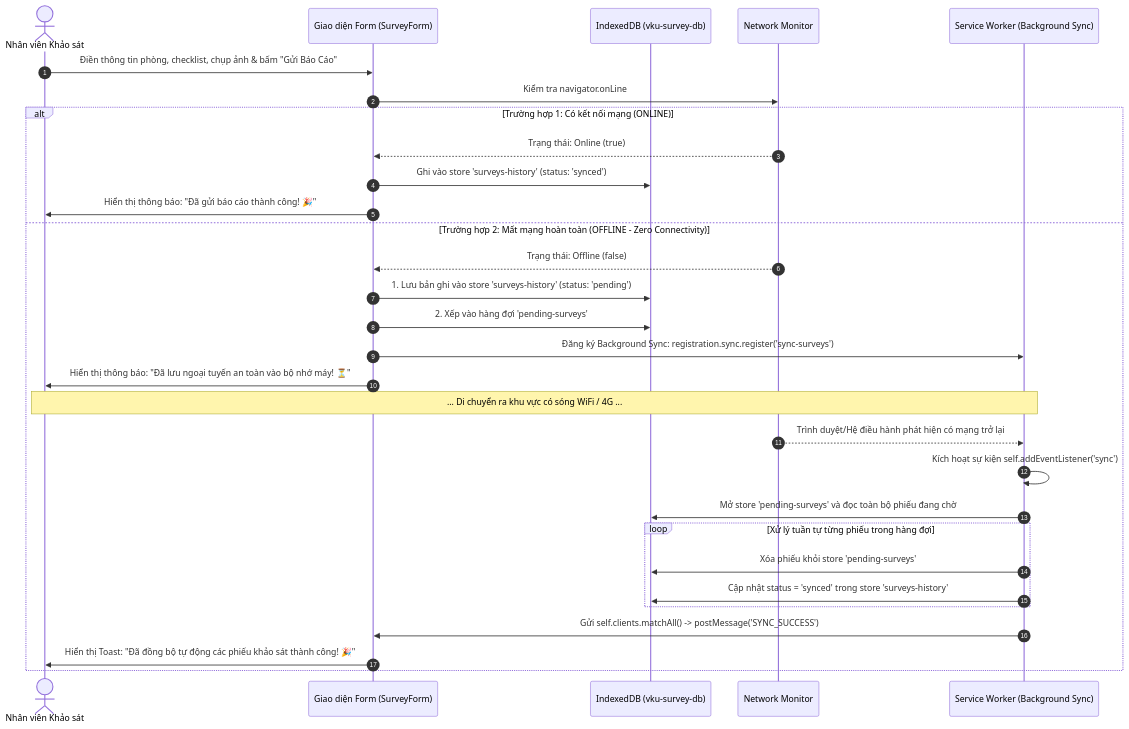
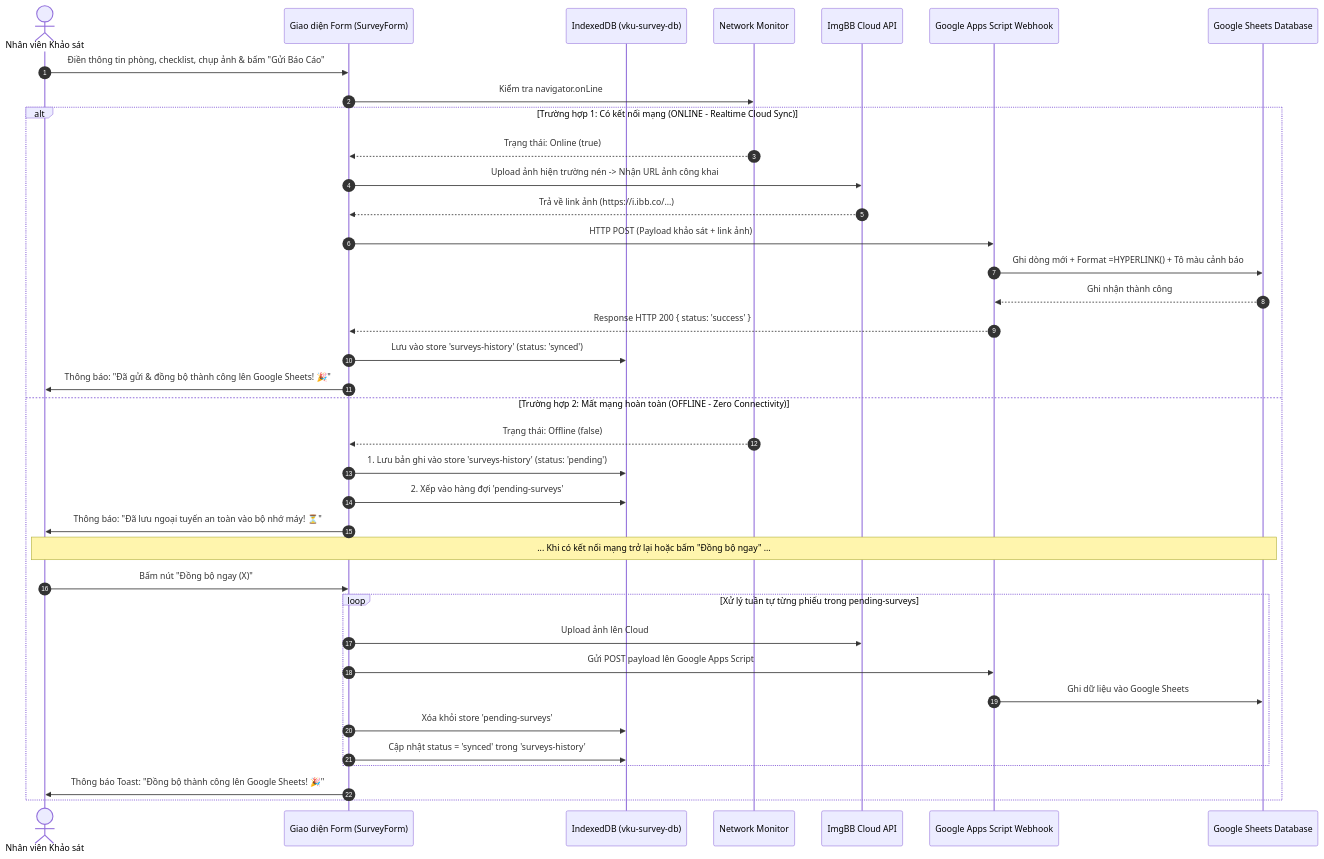
The diagram in Mini-Project-1-Report.md (Huuviet05/vku-field-survey-pwa), drawn with Mermaid before and after one commit. The commit also changed other lines of this file, not shown here.

Commit message:
docs: cap nhat bao cao ky thuat Mini-Project 1 voi day du Google Sheets, ImgBB va Android APK

````diff
--- a/Mini-Project-1-Report.md
+++ b/Mini-Project-1-Report.md
@@ -39,34 +45,41 @@
 ```mermaid
 sequenceDiagram
     autonumber
     actor User as Nhân viên Khảo sát
     participant UI as Giao diện Form (SurveyForm)
-    participant DB as IndexedDB (vku-survey-db)
+    participant IDB as IndexedDB (vku-survey-db)
     participant Net as Network Monitor
-    participant SW as Service Worker (Background Sync)
+    participant ImgBB as ImgBB Cloud API
+    participant GAS as Google Apps Script Webhook
+    participant Sheet as Google Sheets Database
 
     User->>UI: Điền thông tin phòng, checklist, chụp ảnh & bấm "Gửi Báo Cáo"
     UI->>Net: Kiểm tra navigator.onLine
-    alt Trường hợp 1: Có kết nối mạng (ONLINE)
+    alt Trường hợp 1: Có kết nối mạng (ONLINE - Realtime Cloud Sync)
         Net-->>UI: Trạng thái: Online (true)
-        UI->>DB: Ghi vào store 'surveys-history' (status: 'synced')
-        UI->>User: Hiển thị thông báo: "Đã gửi báo cáo thành công! 🎉"
+        UI->>ImgBB: Upload ảnh hiện trường nén -> Nhận URL ảnh công khai
+        ImgBB-->>UI: Trả về link ảnh (https://i.ibb.co/...)
+        UI->>GAS: HTTP POST (Payload khảo sát + link ảnh)
+        GAS->>Sheet: Ghi dòng mới + Format =HYPERLINK() + Tô màu cảnh báo
+        Sheet-->>GAS: Ghi nhận thành công
+        GAS-->>UI: Response HTTP 200 { status: 'success' }
+        UI->>IDB: Lưu vào store 'surveys-history' (status: 'synced')
+        UI->>User: Thông báo: "Đã gửi & đồng bộ thành công lên Google Sheets! 🎉"
     else Trường hợp 2: Mất mạng hoàn toàn (OFFLINE - Zero Connectivity)
         Net-->>UI: Trạng thái: Offline (false)
-        UI->>DB: 1. Lưu bản ghi vào store 'surveys-history' (status: 'pending')
-        UI->>DB: 2. Xếp vào hàng đợi 'pending-surveys'
-        UI->>SW: Đăng ký Background Sync: registration.sync.register('sync-surveys')
-        UI->>User: Hiển thị thông báo: "Đã lưu ngoại tuyến an toàn vào bộ nhớ máy! ⏳"
+        UI->>IDB: 1. Lưu bản ghi vào store 'surveys-history' (status: 'pending')
+        UI->>IDB: 2. Xếp vào hàng đợi 'pending-surveys'
+        UI->>User: Thông báo: "Đã lưu ngoại tuyến an toàn vào bộ nhớ máy! ⏳"
         
-        Note over User, SW: ... Di chuyển ra khu vực có sóng WiFi / 4G ...
-        Net-->>SW: Trình duyệt/Hệ điều hành phát hiện có mạng trở lại
-        SW->>SW: Kích hoạt sự kiện self.addEventListener('sync')
-        SW->>DB: Mở store 'pending-surveys' và đọc toàn bộ phiếu đang chờ
-        loop Xử lý tuần tự từng phiếu trong hàng đợi
-            SW->>DB: Xóa phiếu khỏi store 'pending-surveys'
-            SW->>DB: Cập nhật status = 'synced' trong store 'surveys-history'
+        Note over User, Sheet: ... Khi có kết nối mạng trở lại hoặc bấm "Đồng bộ ngay" ...
+        User->>UI: Bấm nút "Đồng bộ ngay (X)"
+        loop Xử lý tuần tự từng phiếu trong pending-surveys
+            UI->>ImgBB: Upload ảnh lên Cloud
+            UI->>GAS: Gửi POST payload lên Google Apps Script
+            GAS->>Sheet: Ghi dữ liệu vào Google Sheets
+            UI->>IDB: Xóa khỏi store 'pending-surveys'
+            UI->>IDB: Cập nhật status = 'synced' trong 'surveys-history'
         end
-        SW->>UI: Gửi self.clients.matchAll() -> postMessage('SYNC_SUCCESS')
-        UI->>User: Hiển thị Toast: "Đã đồng bộ tự động các phiếu khảo sát thành công! 🎉"
+        UI->>User: Thông báo Toast: "Đồng bộ thành công lên Google Sheets! 🎉"
     end
 ```
````
